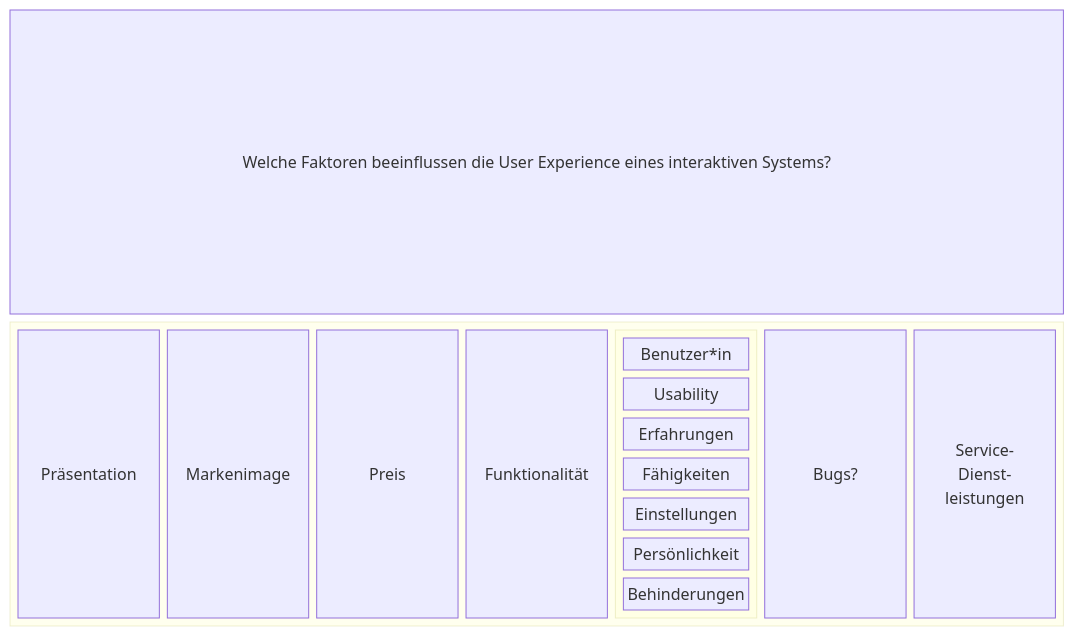
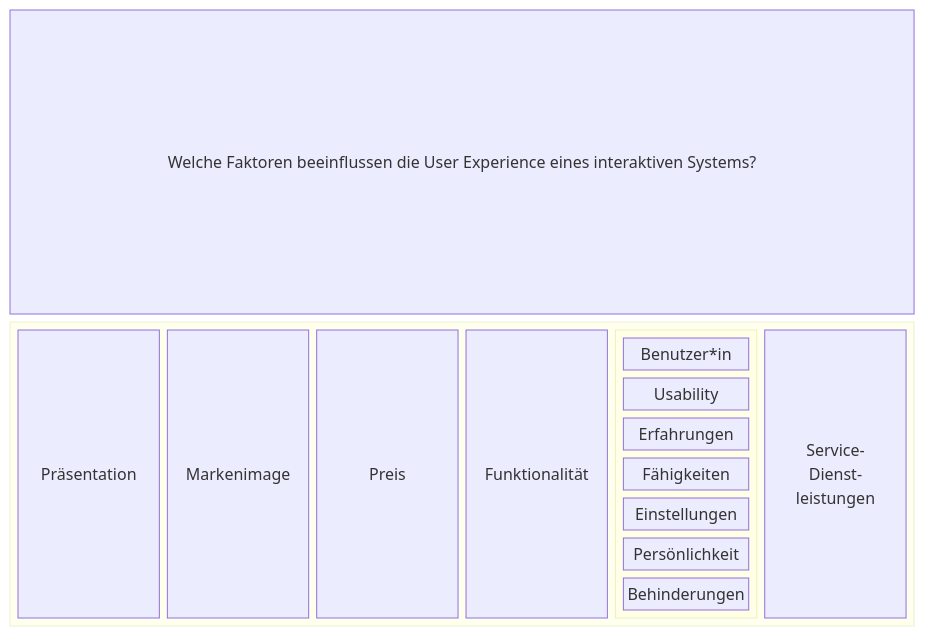
Before and after one commit to learosema/cpux-prep: the second of 2 diagrams in definitionen-und-normen/user-experience.md, drawn with Mermaid. The commit also changed other lines of this file and 30 other files, not shown here.

````diff
--- a/definitionen-und-normen/user-experience.md
+++ b/definitionen-und-normen/user-experience.md
@@ -88,23 +90,22 @@
 ```mermaid
 block-beta
     columns 1
     a["Welche Faktoren beeinflussen die User Experience eines interaktiven Systems?"]
     block:group1
         Präsentation
         Markenimage
         Preis
         Funktionalität
         block:benutzer
             columns 1
             Benutzer*in
             Usability
             Erfahrungen
             Fähigkeiten
             Einstellungen
             Persönlichkeit
             Behinderungen
         end
-        Bugs?
         Support["Service-\nDienst-\nleistungen"]
     end
 ```
````
